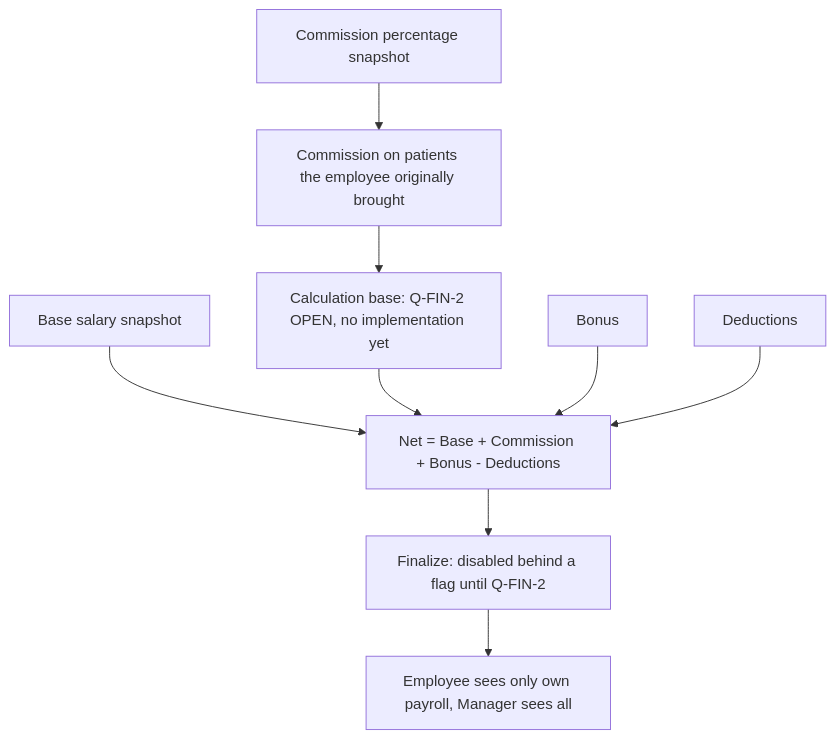
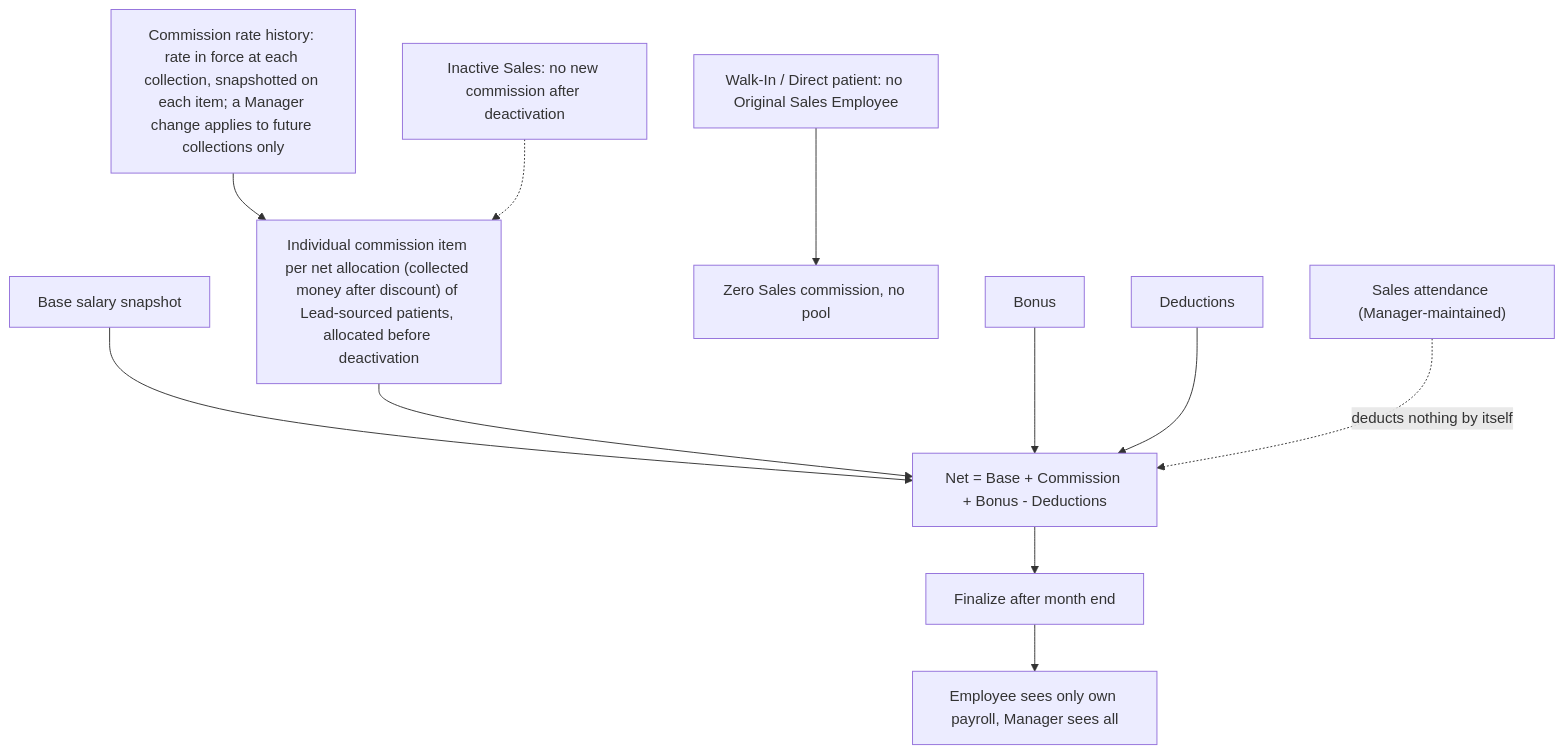
Before and after one commit to mostafaabdullah11/Dental-clinical-system: diagram 17 of 26 in docs/DIAGRAMS.md, drawn with Mermaid. The commit also changed other lines of this file and 51 other files, not shown here.

````diff
--- a/docs/DIAGRAMS.md
+++ b/docs/DIAGRAMS.md
@@ -467,11 +531,13 @@
 ```mermaid
 flowchart TD
     BS["Base salary snapshot"] --> NET
-    CP["Commission percentage snapshot"] --> CM["Commission on patients the employee originally brought"]
-    CM --> BASE["Calculation base: Q-FIN-2 OPEN, no implementation yet"]
-    BASE --> NET["Net = Base + Commission + Bonus - Deductions"]
+    CP["Commission rate history: rate in force at each collection, snapshotted on each item; a Manager change applies to future collections only"] --> CM["Individual commission item per net allocation (collected money after discount) of Lead-sourced patients, allocated before deactivation"]
+    WI["Walk-In / Direct patient: no Original Sales Employee"] --> ZERO["Zero Sales commission, no pool"]
+    CM --> NET["Net = Base + Commission + Bonus - Deductions"]
     BO["Bonus"] --> NET
     DE["Deductions"] --> NET
-    NET --> FIN["Finalize: disabled behind a flag until Q-FIN-2"]
+    AT["Sales attendance (Manager-maintained)"] -.->|"deducts nothing by itself"| NET
+    NET --> FIN["Finalize after month end"]
     FIN --> VIEW["Employee sees only own payroll, Manager sees all"]
+    INA["Inactive Sales: no new commission after deactivation"] -.-> CM
 ```
````
